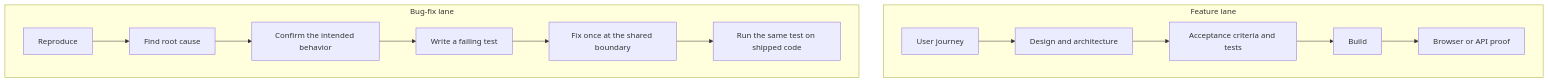
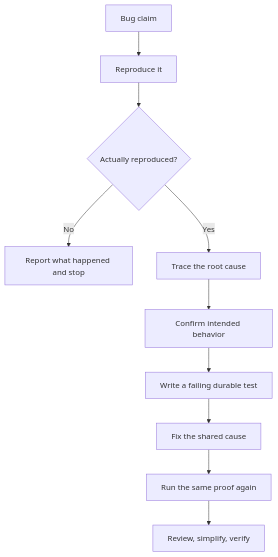
Before and after one commit to sabirmgd/terminal-first-goal-loop: the third of 7 diagrams in README.md, drawn with Mermaid. The commit also changed other lines of this file and 33 other files, not shown here.

````diff
--- a/README.md
+++ b/README.md
@@ -96,17 +142,12 @@
 ```mermaid
 flowchart TB
-    subgraph Feature[Feature lane]
-        F1["User journey"] --> F2["Design and architecture"]
-        F2 --> F3["Acceptance criteria and tests"]
-        F3 --> F4["Build"]
-        F4 --> F5["Browser or API proof"]
-    end
-
-    subgraph Bug[Bug-fix lane]
-        B1["Reproduce"] --> B2["Find root cause"]
-        B2 --> B3["Confirm the intended behavior"]
-        B3 --> B4["Write a failing test"]
-        B4 --> B5["Fix once at the shared boundary"]
-        B5 --> B6["Run the same test on shipped code"]
-    end
+    C["Bug claim"] --> R["Reproduce it"]
+    R --> X{"Actually reproduced?"}
+    X -- No --> N["Report what happened and stop"]
+    X -- Yes --> O["Trace the root cause"]
+    O --> G["Confirm intended behavior"]
+    G --> T["Write a failing durable test"]
+    T --> F["Fix the shared cause"]
+    F --> P["Run the same proof again"]
+    P --> V["Review, simplify, verify"]
 ```
````
